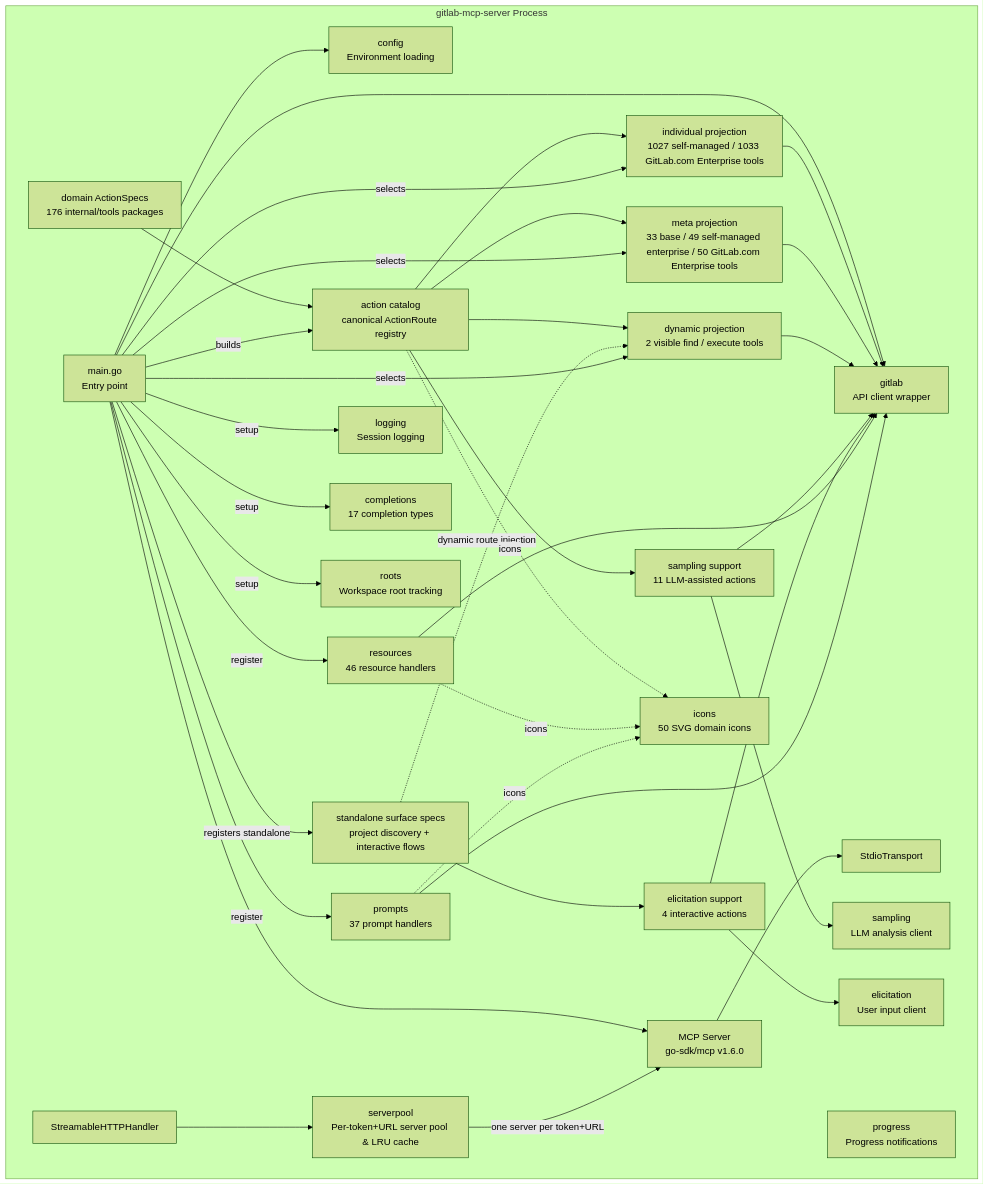
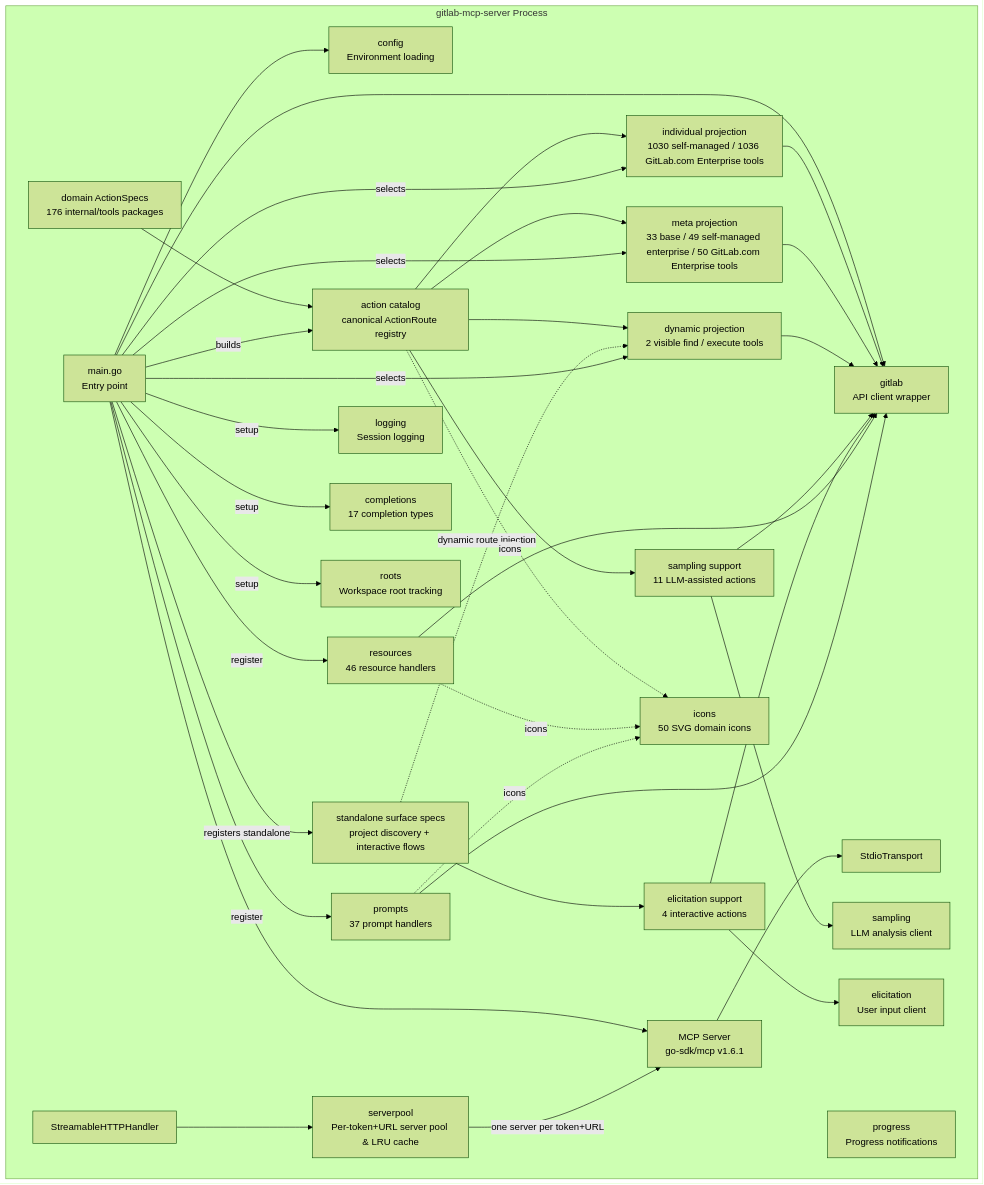
Before and after one commit to jmrplens/gitlab-mcp-server: the third of 11 diagrams in docs/architecture.md, drawn with Mermaid (forest theme). The commit also changed other lines of this file and 91 other files, not shown here.

First line of the commit message:
feat(tools): sync access levels (5/15/60) across MCP schemas, refresh docs, fix e2e flake (#165)

````diff
--- a/docs/architecture.md
+++ b/docs/architecture.md
@@ -64,65 +64,65 @@
 ```mermaid
 graph TD
     subgraph "gitlab-mcp-server Process"
         MAIN[main.go<br/>Entry point]
         CFG[config<br/>Environment loading]
         GL[gitlab<br/>API client wrapper]
         SPECS[domain ActionSpecs<br/>176 internal/tools packages]
         CATALOG[action catalog<br/>canonical ActionRoute registry]
         STANDALONE[standalone surface specs<br/>project discovery + interactive flows]
-        IND[individual projection<br/>1027 self-managed / 1033 GitLab.com Enterprise tools]
+        IND[individual projection<br/>1030 self-managed / 1036 GitLab.com Enterprise tools]
         META[meta projection<br/>33 base / 49 self-managed enterprise / 50 GitLab.com Enterprise tools]
         DYN[dynamic projection<br/>2 visible find / execute tools]
         SAMP[sampling support<br/>11 LLM-assisted actions]
         ELIC[elicitation support<br/>4 interactive actions]
         RES[resources<br/>46 resource handlers]
         PROMPTS[prompts<br/>37 prompt handlers]
         LOG[logging<br/>Session logging]
         COMP[completions<br/>17 completion types]
         ROOTS[roots<br/>Workspace root tracking]
         PROG[progress<br/>Progress notifications]
         SAMPLING[sampling<br/>LLM analysis client]
         ELICIT[elicitation<br/>User input client]
         ICN[icons<br/>50 SVG domain icons]
-        SRV[MCP Server<br/>go-sdk/mcp v1.6.0]
+        SRV[MCP Server<br/>go-sdk/mcp v1.6.1]
         STDIO[StdioTransport]
         HTTP[StreamableHTTPHandler]
         POOL[serverpool<br/>Per-token+URL server pool & LRU cache]
     end
 
     MAIN --> CFG
     MAIN --> GL
     MAIN --> SRV
     SRV --> STDIO
     HTTP --> POOL
     POOL -->|one server per token+URL| SRV
     SPECS --> CATALOG
     CATALOG --> IND
     CATALOG --> META
     CATALOG --> DYN
     CATALOG --> SAMP
     STANDALONE --> ELIC
     STANDALONE -.->|dynamic route injection| DYN
     IND --> GL
     META --> GL
     DYN --> GL
     SAMP --> GL
     ELIC --> GL
     SAMP --> SAMPLING
     ELIC --> ELICIT
     RES --> GL
     PROMPTS --> GL
     MAIN -->|builds| CATALOG
     MAIN -->|selects| IND
     MAIN -->|selects| META
     MAIN -->|selects| DYN
     MAIN -->|registers standalone| STANDALONE
     MAIN -->|register| RES
     MAIN -->|register| PROMPTS
     CATALOG -.->|icons| ICN
     RES -.->|icons| ICN
     PROMPTS -.->|icons| ICN
     MAIN -->|setup| LOG
     MAIN -->|setup| COMP
     MAIN -->|setup| ROOTS
 ```
````
